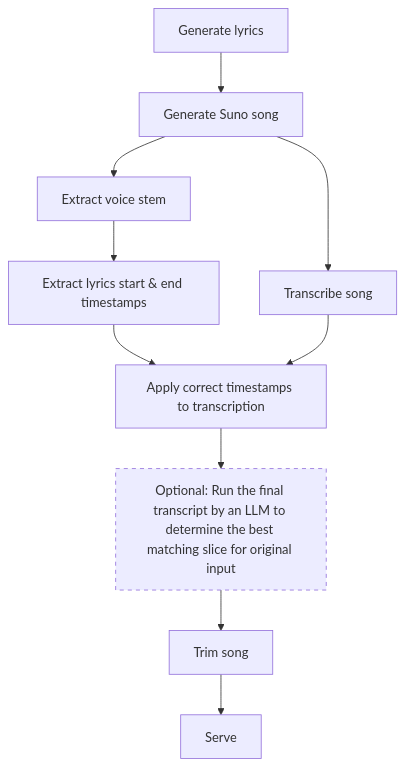
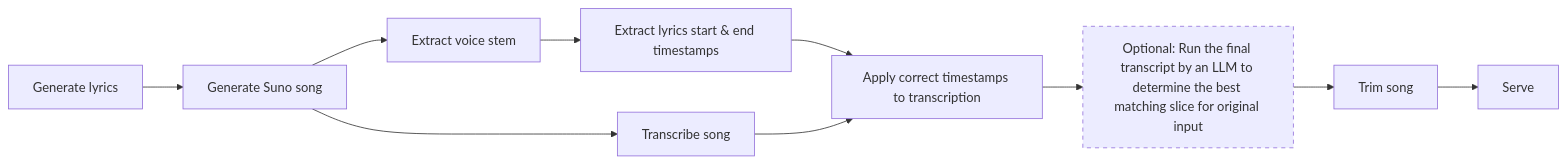
One commit to icherniukh/hackboston changed the diagram in README.md. Above: the diagram before and after it, drawn with Mermaid. The commit also changed other lines of this file, not shown here.

````diff
--- a/README.md
+++ b/README.md
@@ -11,13 +13,13 @@
 ```mermaid
-graph TD
+flowchart LR
     A[Generate lyrics] --> B[Generate Suno song]
     B --> C1[Extract voice stem]
     B --> C2[Transcribe song]
     C1 --> D1[Extract lyrics start & end timestamps]
     D1 & C2 --> E[Apply correct timestamps to transcription]
     E --> F["Optional: Run the final transcript by an LLM to determine the best matching slice for original input"]
     F --> G[Trim song]
     G --> H[Serve]
 
 	style F stroke-dasharray: 5 5
 ```
````
